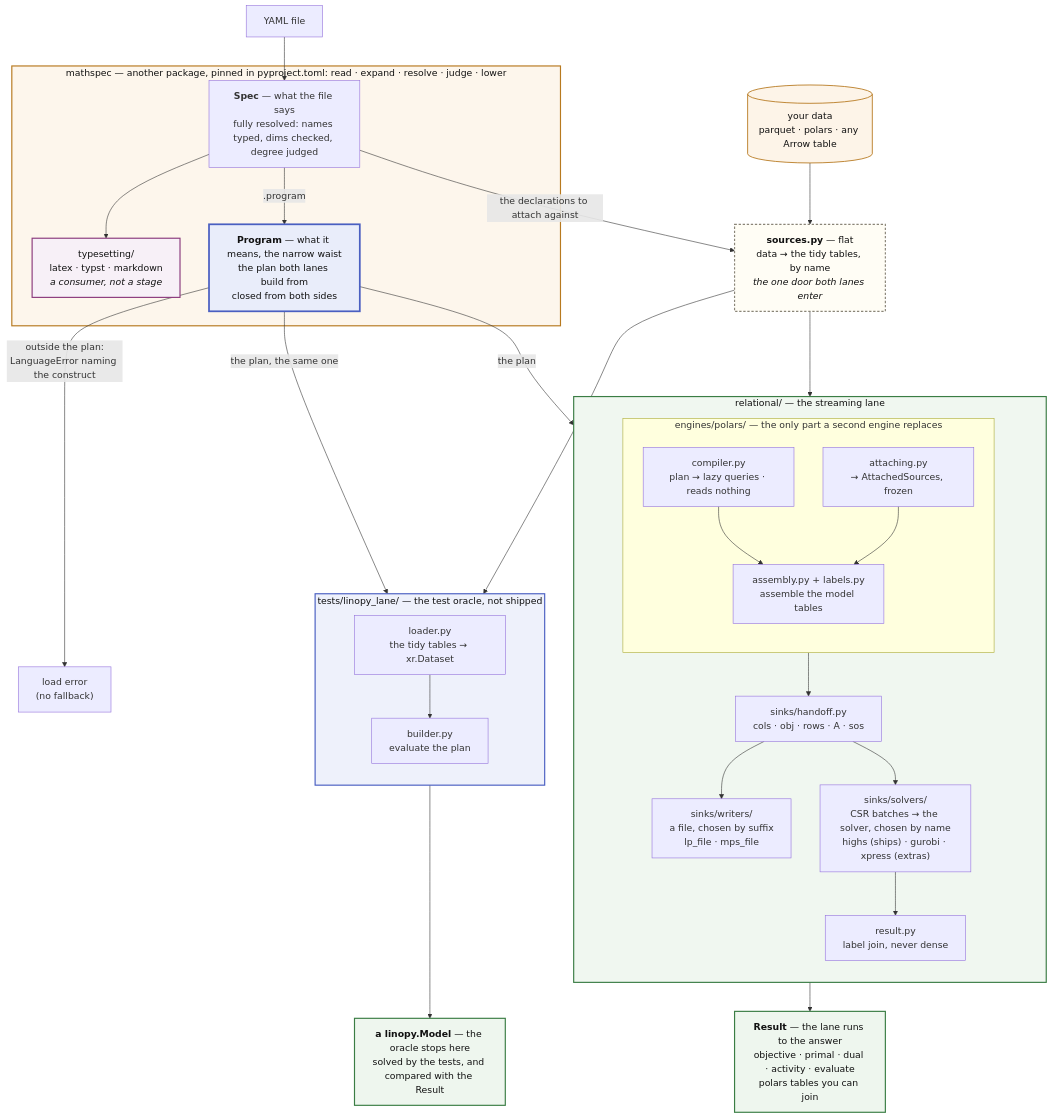
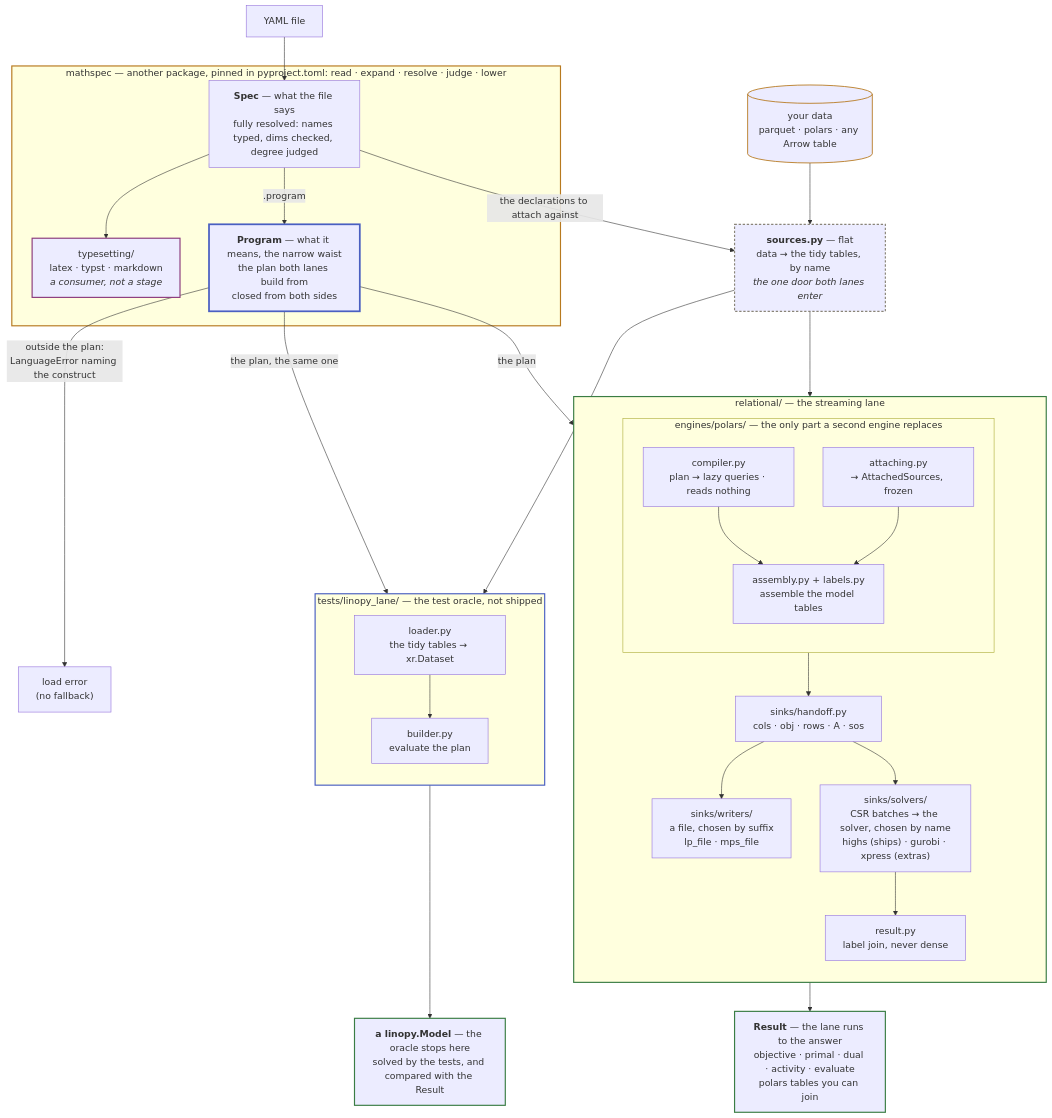
Before and after one commit to fluxopt/lpspec: the first of 2 diagrams in docs/about/architecture.md, drawn with Mermaid. The commit also changed other lines of this file and 3 other files, not shown here.

Commit message:
docs: the site follows the reader's light or dark setting in its own violet colour, with code, diagrams and footnotes readable in both (#1767)

````diff
--- a/docs/about/architecture.md
+++ b/docs/about/architecture.md
@@ -60,59 +60,59 @@
 ```mermaid
 flowchart TB
     Y[YAML file] --> SPEC
     DATA[("your data<br/>parquet · polars · any Arrow table")] --> SRC
 
     subgraph MS["mathspec — another package, pinned in pyproject.toml: read · expand · resolve · judge · lower"]
         SPEC["<b>Spec</b> — what the file says<br/>fully resolved: names typed, dims checked, degree judged"]
         SPEC --> TS["typesetting/<br/>latex · typst · markdown<br/><i>a consumer, not a stage</i>"]
         SPEC -->|".program"| PLAN["<b>Program</b> — what it means, the narrow waist<br/>the plan both lanes build from<br/>closed from both sides"]
     end
 
     SPEC -->|"the declarations to attach against"| SRC
     SRC["<b>sources.py</b> — flat<br/>data → the tidy tables, by name<br/><i>the one door both lanes enter</i>"]
 
     PLAN -->|"outside the plan:<br/>LanguageError naming the construct"| ERR["load error<br/>(no fallback)"]
     PLAN -->|"the plan"| COMP
     SRC --> ATTACH
     PLAN -->|"the plan, the same one"| BUILD
     SRC --> LOAD
 
     subgraph REL["relational/ — the streaming lane"]
         direction TB
         subgraph ENG["engines/polars/ — the only part a second engine replaces"]
             direction TB
             COMP["compiler.py<br/>plan → lazy queries · reads nothing"] --> ENGINE
             ATTACH["attaching.py<br/>→ AttachedSources, frozen"] --> ENGINE["assembly.py + labels.py<br/>assemble the model tables"]
         end
         ENG --> TABLES["sinks/handoff.py<br/>cols · obj · rows · A · sos"]
         TABLES --> LPS["sinks/writers/<br/>a file, chosen by suffix<br/>lp_file · mps_file"]
         TABLES --> DIRECT["sinks/solvers/<br/>CSR batches → the solver, chosen by name<br/>highs (ships) · gurobi · xpress (extras)"]
         DIRECT --> SOL["result.py<br/>label join, never dense"]
     end
 
     SOL --> ANS["<b>Result</b> — the lane runs to the answer<br/>objective · primal · dual · activity · evaluate<br/>polars tables you can join"]
 
     subgraph LIN["tests/linopy_lane/ — the test oracle, not shipped"]
         direction TB
         LOAD["loader.py<br/>the tidy tables → xr.Dataset"] --> BUILD["builder.py<br/>evaluate the plan"]
     end
 
     BUILD --> MODEL["<b>a linopy.Model</b> — the oracle stops here<br/>solved by the tests, and compared with the Result"]
 
-    classDef laneL fill:#fdf6ec,stroke:#b7791f,stroke-width:2px,color:#111
-    classDef laneR fill:#f0f7f0,stroke:#3a7d44,stroke-width:2px,color:#111
-    classDef laneE fill:#eef1fb,stroke:#4a5fc1,stroke-width:2px,color:#111
-    classDef laneT fill:#f7f0f7,stroke:#8b3a7d,stroke-width:2px,color:#111
-    classDef waist fill:#e9edfa,stroke:#4a5fc1,stroke-width:3px,color:#111
-    classDef flat fill:#fffdf5,stroke:#8a8578,stroke-width:2px,stroke-dasharray:4 3,color:#111
-    classDef data fill:#fdf4e8,stroke:#b7791f,stroke-width:1.5px,color:#111
-    classDef out fill:#eef6ee,stroke:#3a7d44,stroke-width:2px,color:#111
+    classDef laneL stroke:#b7791f,stroke-width:2px
+    classDef laneR stroke:#3a7d44,stroke-width:2px
+    classDef laneE stroke:#4a5fc1,stroke-width:2px
+    classDef laneT stroke:#8b3a7d,stroke-width:2px
+    classDef waist stroke:#4a5fc1,stroke-width:3px
+    classDef flat stroke:#8a8578,stroke-width:2px,stroke-dasharray:4 3
+    classDef data stroke:#b7791f,stroke-width:1.5px
+    classDef out stroke:#3a7d44,stroke-width:2px
     class MS laneL
     class REL laneR
     class LIN laneE
     class TS laneT
     class PLAN waist
     class SRC flat
     class DATA data
     class ANS,MODEL out
 ```
````
